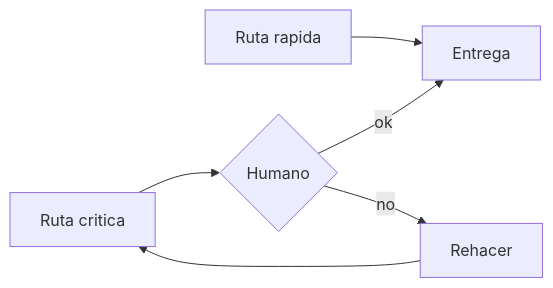
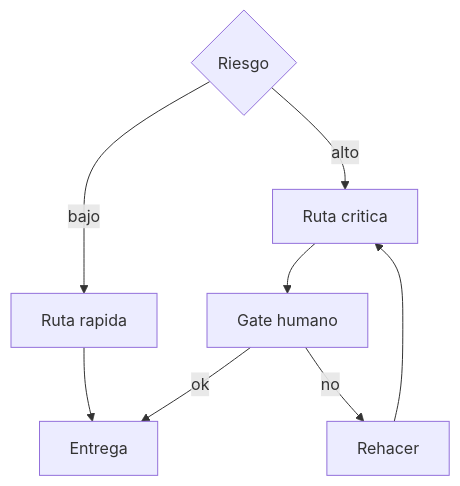
One commit to SERGIOIVORRA/Manual-Software-Factory-ES changed diagram 12 of 13 in README.md. Above: the diagram before and after it, drawn with Mermaid. The commit also changed other lines of this file, not shown here.

Commit message:
Keep video and expand to 13 technical Mermaid schemas

````diff
--- a/README.md
+++ b/README.md
@@ -61,8 +176,10 @@
 ```mermaid
-flowchart LR
-  Rapida[Ruta rapida] --> OK[Entrega]
-  Critica[Ruta critica] --> H{Humano}
-  H -->|ok| OK
-  H -->|no| Redo[Rehacer]
-  Redo --> Critica
+flowchart TD
+  X{Riesgo} -->|bajo| R[Ruta rapida]
+  X -->|alto| C[Ruta critica]
+  R --> E[Entrega]
+  C --> H[Gate humano]
+  H -->|ok| E
+  H -->|no| Back[Rehacer]
+  Back --> C
 ```
````
